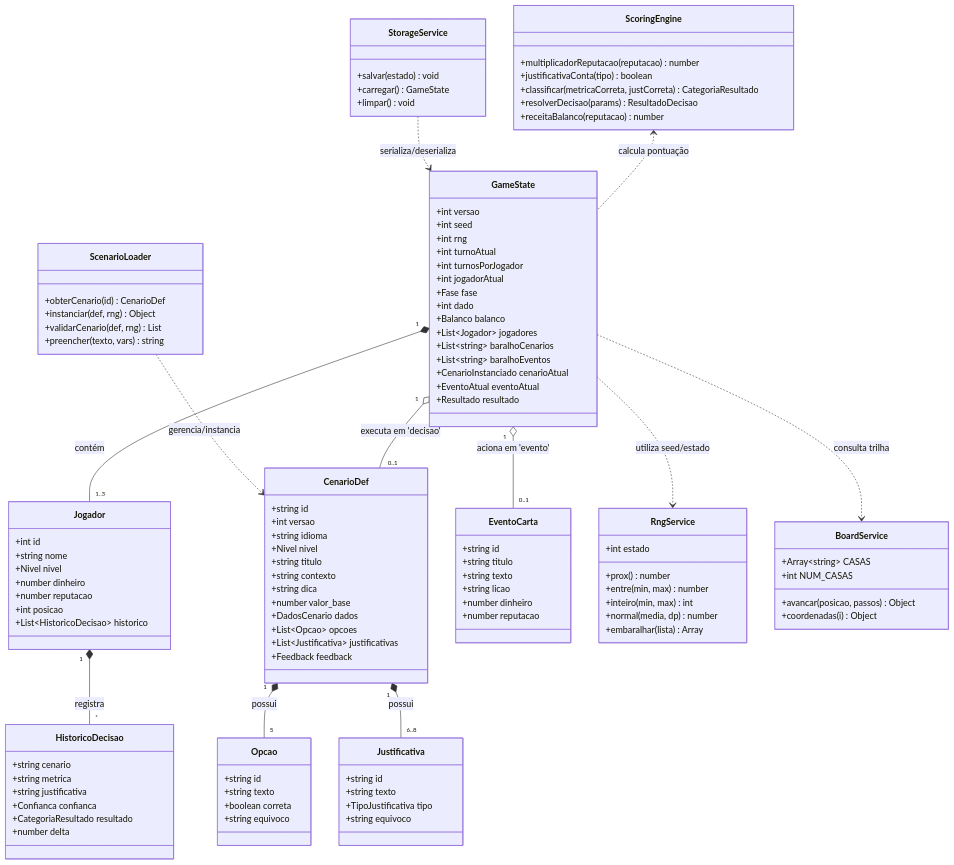
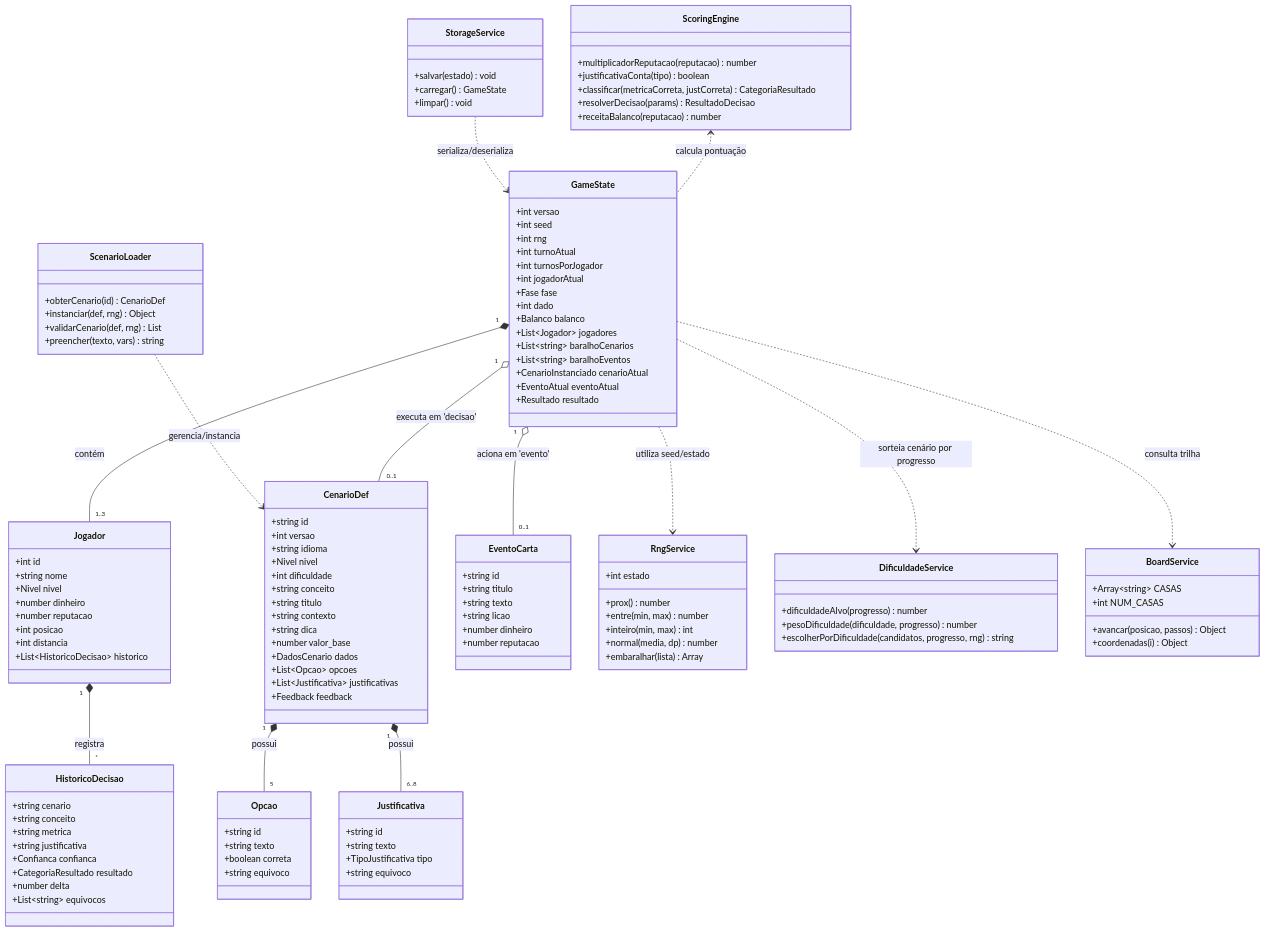
The first of 4 diagrams in docs/diagramas-uml.md (luiz2801/RFisher), drawn with Mermaid before and after one commit. The commit also changed other lines of this file and 26 other files, not shown here.

```diff
--- a/docs/diagramas-uml.md
+++ b/docs/diagramas-uml.md
@@ -37,16 +37,19 @@
         +number dinheiro
         +number reputacao
         +int posicao
+        +int distancia
         +List~HistoricoDecisao~ historico
     }
 
     class HistoricoDecisao {
         +string cenario
+        +string conceito
         +string metrica
         +string justificativa
         +Confianca confianca
         +CategoriaResultado resultado
         +number delta
+        +List~string~ equivocos
     }
 
     class CenarioDef {
@@ -54,6 +57,8 @@
         +int versao
         +string idioma
         +Nivel nivel
+        +int dificuldade
+        +string conceito
         +string titulo
         +string contexto
         +string dica
@@ -96,6 +101,12 @@
         +embaralhar(lista) Array
     }
 
+    class DificuldadeService {
+        +dificuldadeAlvo(progresso) number
+        +pesoDificuldade(dificuldade, progresso) number
+        +escolherPorDificuldade(candidatos, progresso, rng) string
+    }
+
     class ScoringEngine {
         +multiplicadorReputacao(reputacao) number
         +justificativaConta(tipo) boolean
@@ -133,6 +144,7 @@
     
     GameState ..> RngService : utiliza seed/estado
     GameState ..> BoardService : consulta trilha
+    GameState ..> DificuldadeService : sorteia cenário por progresso
     ScenarioLoader ..> CenarioDef : gerencia/instancia
     ScoringEngine <.. GameState : calcula pontuação
     StorageService ..> GameState : serializa/deserializa
```
